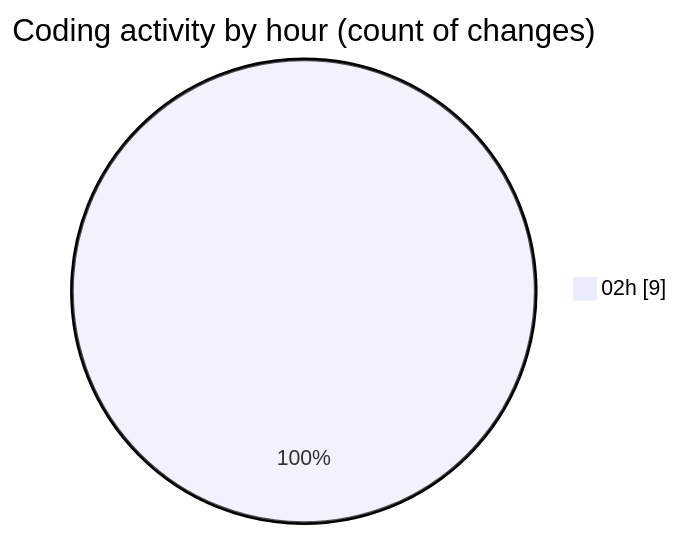
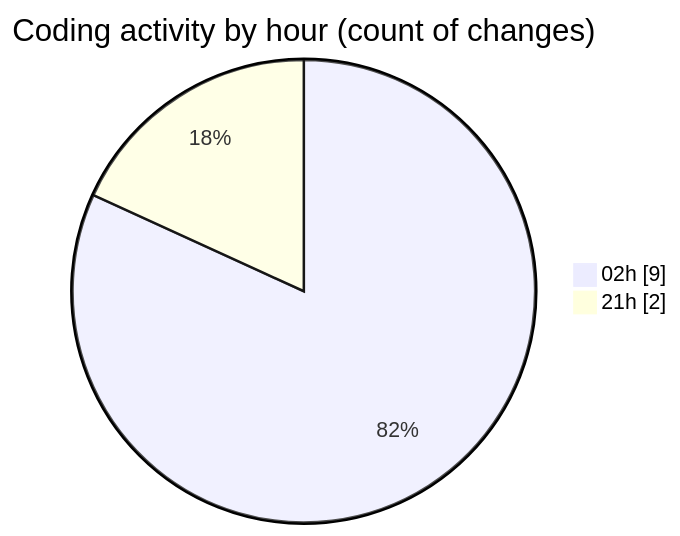
One commit to hasnaa123/code-tracking changed the second of 2 diagrams in 2026-02-22/student_performance_system/README.md. Above: the diagram before and after it, drawn with Mermaid. The commit also changed other lines of this file and 1 other file, not shown here.

````diff
--- a/2026-02-22/student_performance_system/README.md
+++ b/2026-02-22/student_performance_system/README.md
@@ -28,5 +28,6 @@
 ```mermaid
 pie showData
 title Coding activity by hour (count of changes)
 "02h" : 9
+"21h" : 2
 ```
````
